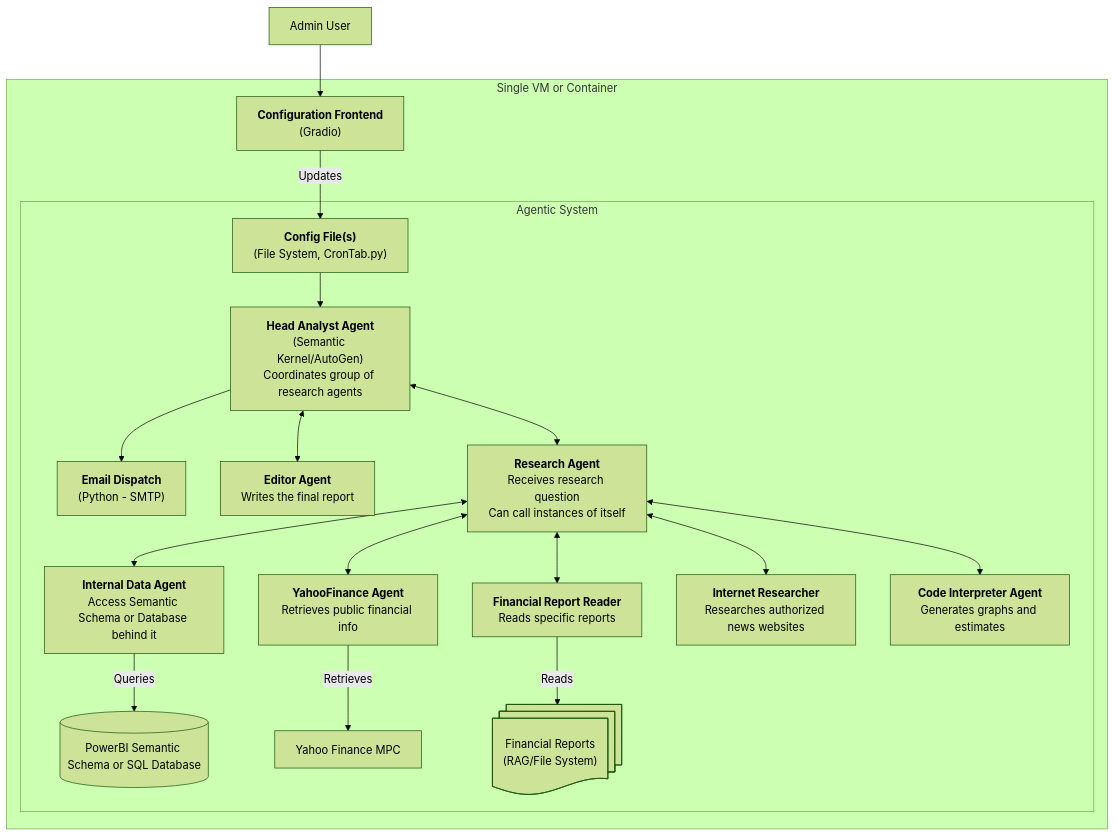
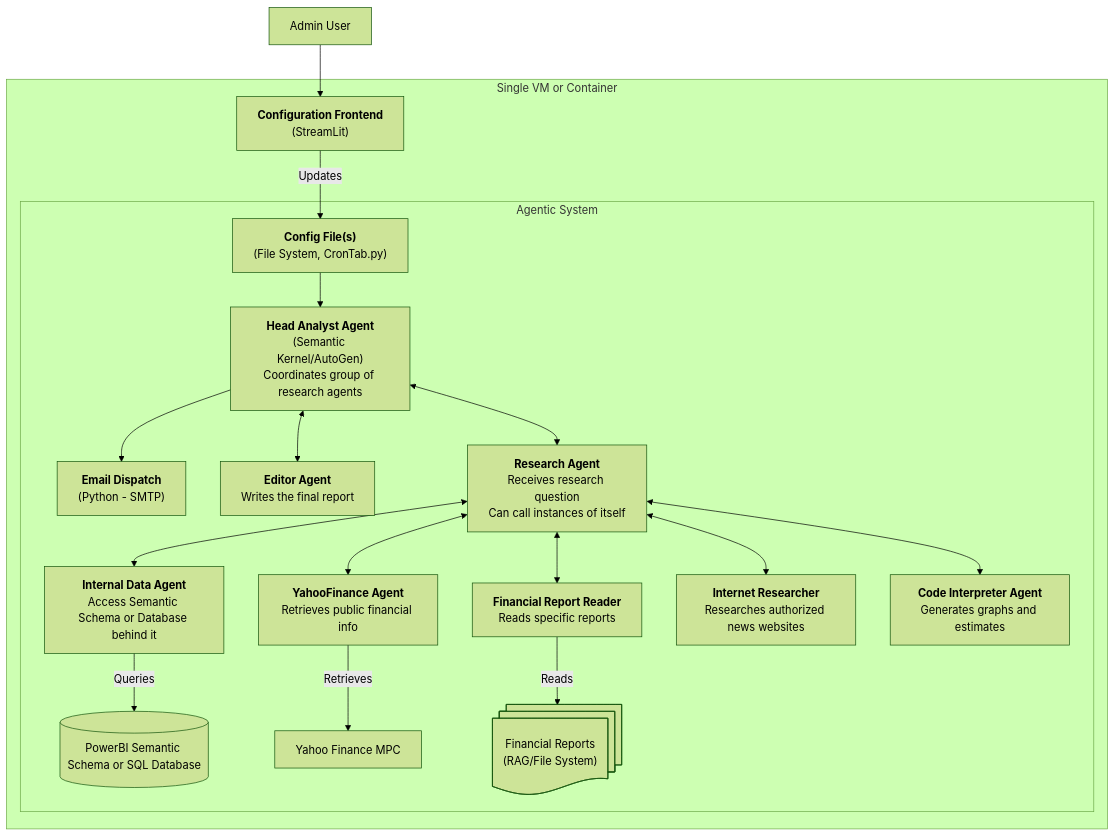
The diagram in documentation/emails/High_level_plan.md (davidve0206/ai-analyst), drawn with Mermaid (forest theme) before and after one commit. The commit also changed other lines of this file and 1 other file, not shown here.

````diff
--- a/documentation/emails/High_level_plan.md
+++ b/documentation/emails/High_level_plan.md
@@ -35,50 +35,50 @@
 ```mermaid
 flowchart TD
   %% External actor
   admin["Admin User"]
 
   %% System boundary: Single VM or Container
   subgraph system["Single VM or Container"]
-    frontend["<b>Configuration Frontend</b><br/>(Gradio)"]
+    frontend["<b>Configuration Frontend</b><br/>(StreamLit)"]
     
     %% Agentic System boundary
     subgraph agent_system ["Agentic System"]
       config["<b>Config File(s)</b><br/>(File System, CronTab.py)"]
       analyst["<b>Head Analyst Agent</b><br/>(Semantic Kernel/AutoGen)<br/>Coordinates group of research agents"]
       email["<b>Email Dispatch</b><br/>(Python - SMTP)"]
       editor["<b>Editor Agent</b><br/>Writes the final report"]
       researcher["<b>Research Agent</b><br/>Receives research question<br/>Can call instances of itself"]
       internal_agent["<b>Internal Data Agent</b><br/>Access Semantic Schema or Database behind it"]
       yf_agent["<b>YahooFinance Agent</b><br/>Retrieves public financial info"]
       report_reader["<b>Financial Report Reader</b><br/>Reads specific reports"]
       internet_researcher["<b>Internet Researcher</b><br/>Researches authorized news websites"]
       code_int["<b>Code Interpreter Agent</b><br/>Generates graphs and estimates"]
 
       %% External Systems
       pbi@{shape: database, label: "PowerBI Semantic Schema or SQL Database"}
       yf_mpc["Yahoo Finance MPC"]
       reports@{shape: documents, label: "Financial Reports<br/>(RAG/File System)"}
 
       %% Data relationships
       internal_agent -->|Queries| pbi
       yf_agent -->|Retrieves| yf_mpc
       report_reader -->|Reads| reports
 
       %% Internal flows
       config --> analyst
       analyst <--> editor
       analyst <--> researcher
       analyst --> email
       researcher <--> code_int
       researcher <--> internal_agent
     
       researcher <--> yf_agent
       researcher <--> report_reader
       researcher <--> internet_researcher
     end
   end
 
   %% Top-level interactions
   admin -->frontend
   frontend -->|Updates| config
 ```
````
